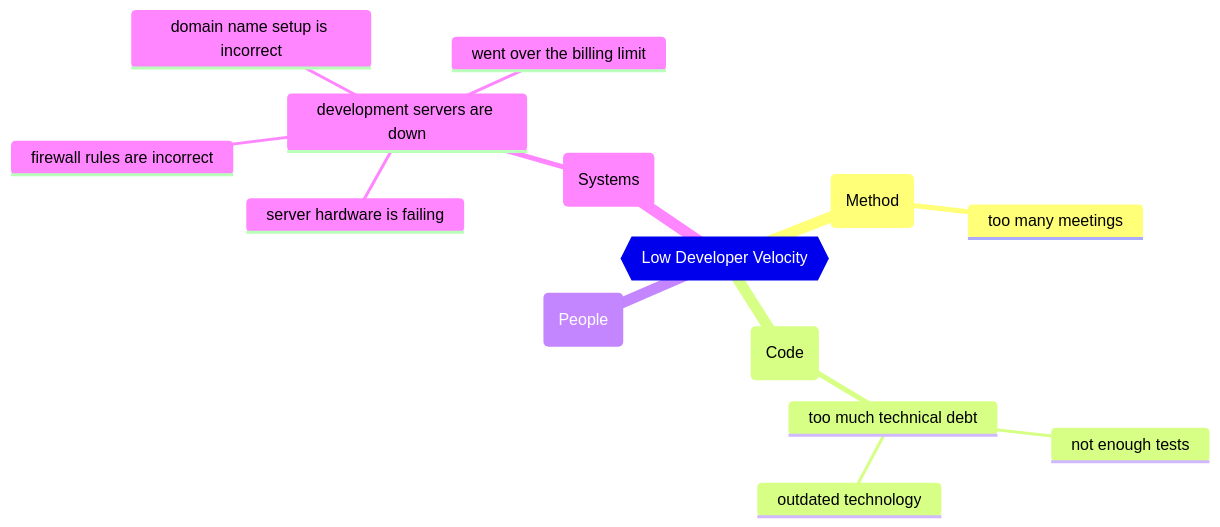
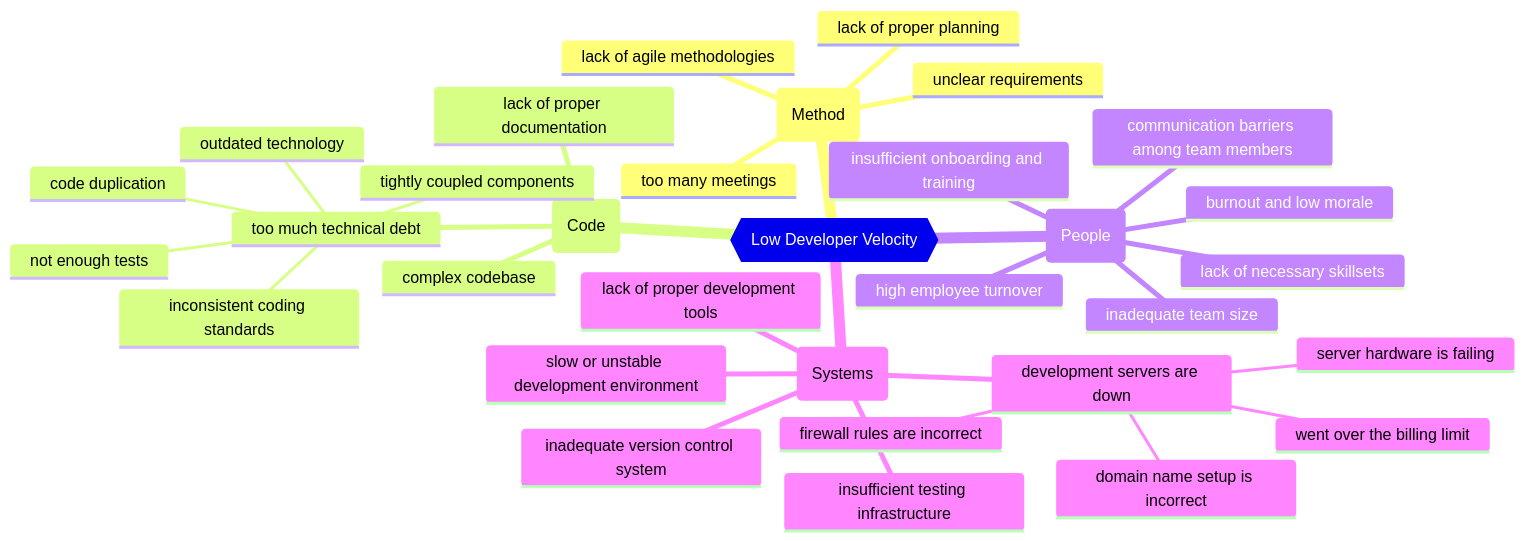
Before and after one commit to rudolfolah/mermaid-diagram-examples: the ninth of 10 diagrams in diagrams/cause-and-effect.md, drawn with Mermaid. The commit also changed other lines of this file, not shown here.

````diff
--- a/diagrams/cause-and-effect.md
+++ b/diagrams/cause-and-effect.md
@@ -138,17 +138,35 @@
 ```mermaid
 mindmap
 root{{Low Developer Velocity}}
   (Method)
     too many meetings
+    lack of proper planning
+    lack of agile methodologies
+    unclear requirements
   (Code)
     too much technical debt
       not enough tests
       outdated technology
+      code duplication
+      tightly coupled components
+      inconsistent coding standards
+    complex codebase
+    lack of proper documentation
   (People)
+    lack of necessary skillsets
+    inadequate team size
+    high employee turnover
+    communication barriers among team members
+    insufficient onboarding and training
+    burnout and low morale
   (Systems)
     development servers are down
       server hardware is failing
       firewall rules are incorrect
       domain name setup is incorrect
       went over the billing limit
+    slow or unstable development environment
+    lack of proper development tools
+    inadequate version control system
+    insufficient testing infrastructure
 ```
````
